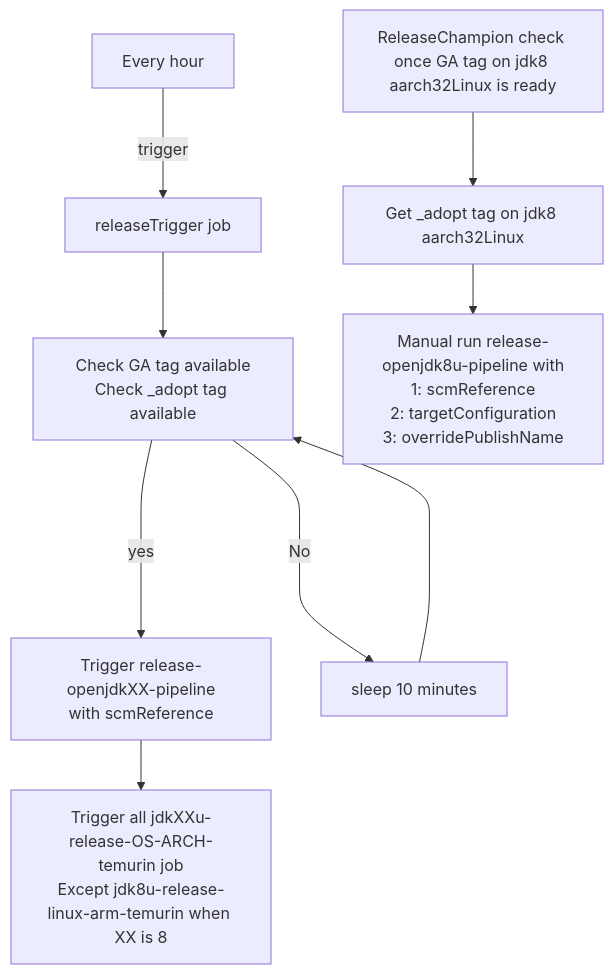
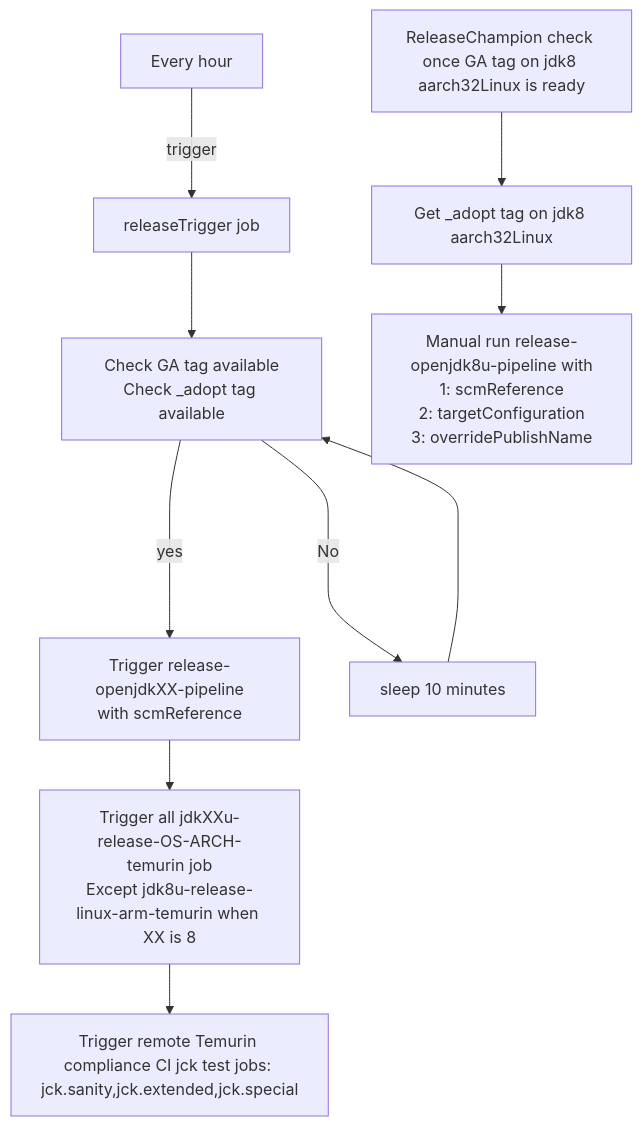
Before and after one commit to adoptium/temurin-build: the second of 2 diagrams in RELEASING.md, drawn with Mermaid. The commit also changed other lines of this file, not shown here.

First line of the commit message:
Update RELEASING.md with auto release tag trigger instuctions (#3196)

````diff
--- a/RELEASING.md
+++ b/RELEASING.md
@@ -140,10 +140,10 @@
 ```mermaid
 
 flowchart TD
 
-start["Every hour"] --trigger--> step0["releaseTrigger job"] --> step1["Check GA tag available\nCheck _adopt tag available"] ----> |yes| step2["Trigger release-openjdkXX-pipeline\nwith scmReference"] --> step3["Trigger all jdkXXu-release-OS-ARCH-temurin job\nExcept jdk8u-release-linux-arm-temurin when XX is 8"]
+start["Every hour"] --trigger--> step0["releaseTrigger job"] --> step1["Check GA tag available\nCheck _adopt tag available"] ----> |yes| step2["Trigger release-openjdkXX-pipeline\nwith scmReference"] --> step3["Trigger all jdkXXu-release-OS-ARCH-temurin job\nExcept jdk8u-release-linux-arm-temurin when XX is 8"] --> step4["Trigger remote Temurin compliance CI jck test jobs: jck.sanity,jck.extended,jck.special"]
 step1 ---->|No| step1.1["sleep 10 minutes"] -->step1
 
-step4["ReleaseChampion check once GA tag on jdk8 aarch32Linux is ready"] -->step5["Get _adopt tag on jdk8 aarch32Linux"] -->step6["Manual run release-openjdk8u-pipeline with\n1: scmReference\n2: targetConfiguration\n3: overridePublishName"]
+jdk8armStep1["ReleaseChampion check once GA tag on jdk8 aarch32Linux is ready"] -->jdk8armStep2["Get _adopt tag on jdk8 aarch32Linux"] -->jdk8armStep3["Manual run release-openjdk8u-pipeline with\n1: scmReference\n2: targetConfiguration\n3: overridePublishName"]
 
 ```
````
